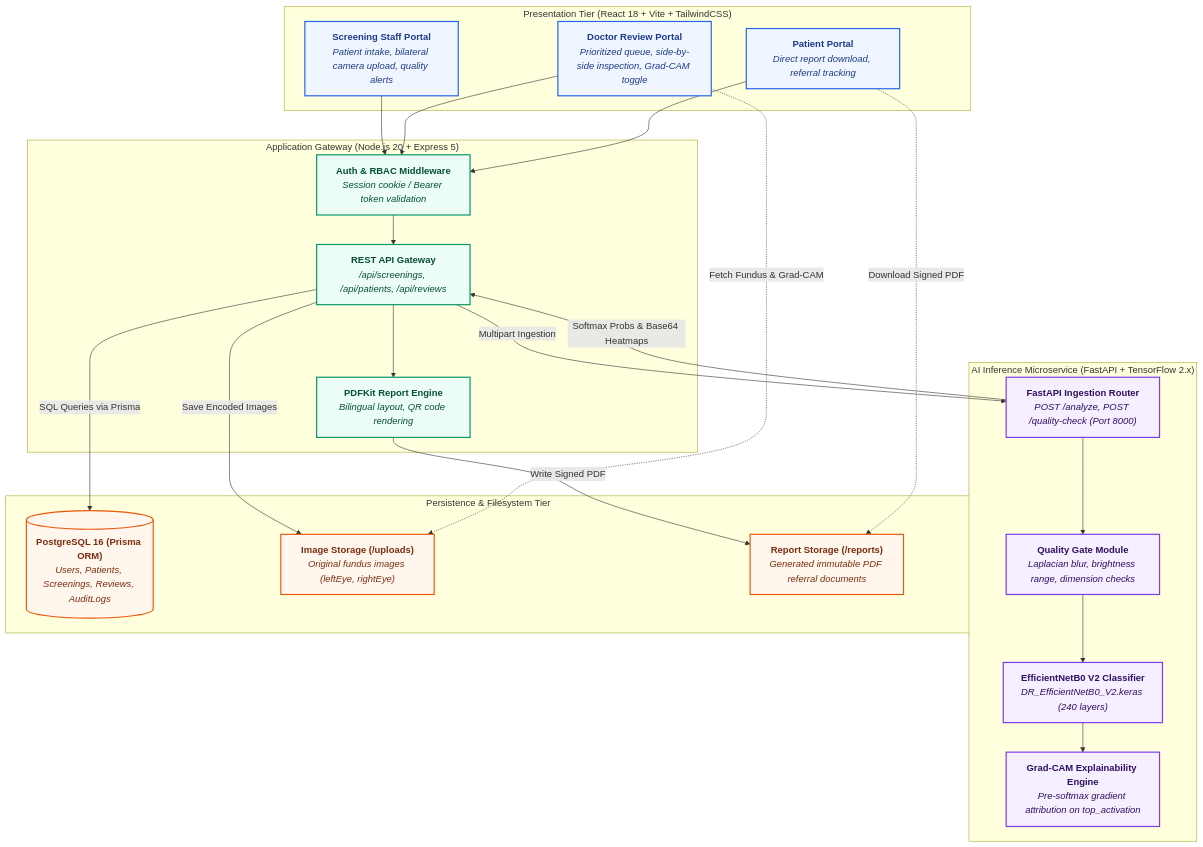
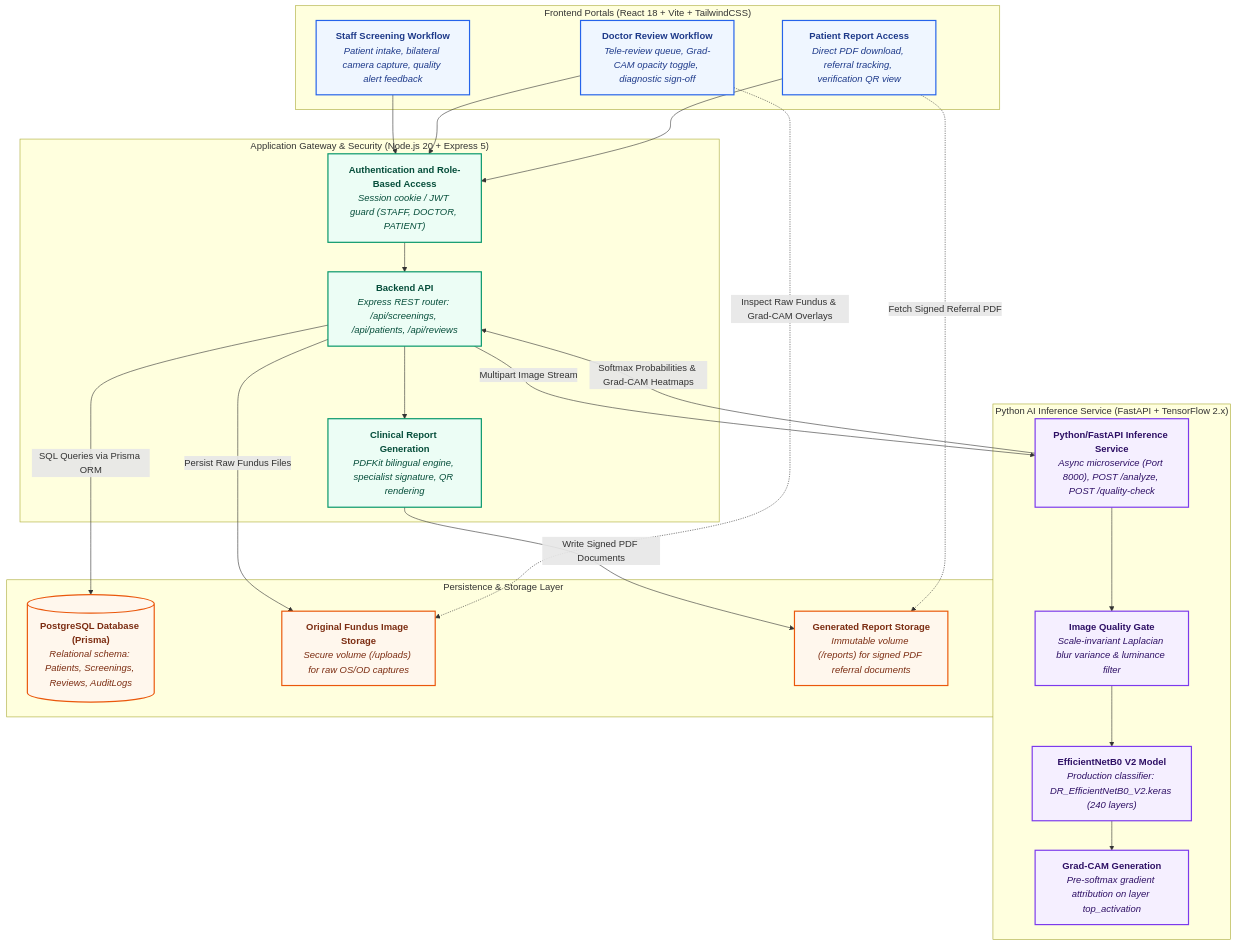
The second of 3 diagrams in README.md (SudarshanSingh1/DR-Screening-System), drawn with Mermaid before and after one commit. The commit also changed other lines of this file, not shown here.

Commit message:
Refactor code for improved readability and maintainability

````diff
--- a/README.md
+++ b/README.md
@@ -156,56 +178,56 @@
 ```mermaid
 flowchart TD
-    subgraph Presentation ["Presentation Tier (React 18 + Vite + TailwindCSS)"]
-        UI_STAFF["<b>Screening Staff Portal</b><br/><i>Patient intake, bilateral camera upload, quality alerts</i>"]
-        UI_DOC["<b>Doctor Review Portal</b><br/><i>Prioritized queue, side-by-side inspection, Grad-CAM toggle</i>"]
-        UI_PAT["<b>Patient Portal</b><br/><i>Direct report download, referral tracking</i>"]
+    subgraph Frontend_Portals ["Frontend Portals (React 18 + Vite + TailwindCSS)"]
+        STAFF_WF["<b>Staff Screening Workflow</b><br/><i>Patient intake, bilateral camera capture, quality alert feedback</i>"]
+        DOC_WF["<b>Doctor Review Workflow</b><br/><i>Tele-review queue, Grad-CAM opacity toggle, diagnostic sign-off</i>"]
+        PATIENT_ACCESS["<b>Patient Report Access</b><br/><i>Direct PDF download, referral tracking, verification QR view</i>"]
     end
 
-    subgraph GatewayTier ["Application Gateway (Node.js 20 + Express 5)"]
-        AUTH_MW["<b>Auth & RBAC Middleware</b><br/><i>Session cookie / Bearer token validation</i>"]
-        API_ROUTER["<b>REST API Gateway</b><br/><i>/api/screenings, /api/patients, /api/reviews</i>"]
-        PDF_SVC["<b>PDFKit Report Engine</b><br/><i>Bilingual layout, QR code rendering</i>"]
-        AUTH_MW --> API_ROUTER
-        API_ROUTER --> PDF_SVC
+    subgraph Security_Gateway ["Application Gateway & Security (Node.js 20 + Express 5)"]
+        AUTH_RBAC["<b>Authentication and Role-Based Access</b><br/><i>Session cookie / JWT guard (STAFF, DOCTOR, PATIENT)</i>"]
+        BACKEND_API["<b>Backend API</b><br/><i>Express REST router: /api/screenings, /api/patients, /api/reviews</i>"]
+        REPORT_GEN["<b>Clinical Report Generation</b><br/><i>PDFKit bilingual engine, specialist signature, QR rendering</i>"]
+        AUTH_RBAC --> BACKEND_API
+        BACKEND_API --> REPORT_GEN
     end
 
-    subgraph InferenceTier ["AI Inference Microservice (FastAPI + TensorFlow 2.x)"]
-        FASTAPI["<b>FastAPI Ingestion Router</b><br/><i>POST /analyze, POST /quality-check (Port 8000)</i>"]
-        QG_CODE["<b>Quality Gate Module</b><br/><i>Laplacian blur, brightness range, dimension checks</i>"]
-        MODEL_KERAS["<b>EfficientNetB0 V2 Classifier</b><br/><i>DR_EfficientNetB0_V2.keras (240 layers)</i>"]
-        GRADCAM_CODE["<b>Grad-CAM Explainability Engine</b><br/><i>Pre-softmax gradient attribution on top_activation</i>"]
-        FASTAPI --> QG_CODE
-        QG_CODE --> MODEL_KERAS
-        MODEL_KERAS --> GRADCAM_CODE
+    subgraph Inference_Tier ["Python AI Inference Service (FastAPI + TensorFlow 2.x)"]
+        FASTAPI_SVC["<b>Python/FastAPI Inference Service</b><br/><i>Async microservice (Port 8000), POST /analyze, POST /quality-check</i>"]
+        QG_MOD["<b>Image Quality Gate</b><br/><i>Scale-invariant Laplacian blur variance & luminance filter</i>"]
+        ENET_MODEL["<b>EfficientNetB0 V2 Model</b><br/><i>Production classifier: DR_EfficientNetB0_V2.keras (240 layers)</i>"]
+        GRADCAM_GEN["<b>Grad-CAM Generation</b><br/><i>Pre-softmax gradient attribution on layer top_activation</i>"]
+        FASTAPI_SVC --> QG_MOD
+        QG_MOD --> ENET_MODEL
+        ENET_MODEL --> GRADCAM_GEN
     end
 
-    subgraph StorageTier ["Persistence & Filesystem Tier"]
-        DB[("<b>PostgreSQL 16 (Prisma ORM)</b><br/><i>Users, Patients, Screenings, Reviews, AuditLogs</i>")]
-        VOL_UPLOADS["<b>Image Storage (/uploads)</b><br/><i>Original fundus images (leftEye, rightEye)</i>"]
-        VOL_REPORTS["<b>Report Storage (/reports)</b><br/><i>Generated immutable PDF referral documents</i>"]
+    subgraph Persistence_Tier ["Persistence & Storage Layer"]
+        PG_DB[("<b>PostgreSQL Database (Prisma)</b><br/><i>Relational schema: Patients, Screenings, Reviews, AuditLogs</i>")]
+        IMG_STORAGE["<b>Original Fundus Image Storage</b><br/><i>Secure volume (/uploads) for raw OS/OD captures</i>"]
+        REP_STORAGE["<b>Generated Report Storage</b><br/><i>Immutable volume (/reports) for signed PDF referral documents</i>"]
     end
 
-    UI_STAFF --> AUTH_MW
-    UI_DOC --> AUTH_MW
-    UI_PAT --> AUTH_MW
+    STAFF_WF --> AUTH_RBAC
+    DOC_WF --> AUTH_RBAC
+    PATIENT_ACCESS --> AUTH_RBAC
 
-    API_ROUTER -->|Multipart Ingestion| FASTAPI
-    FASTAPI -->|Softmax Probs & Base64 Heatmaps| API_ROUTER
+    BACKEND_API -->|Multipart Image Stream| FASTAPI_SVC
+    FASTAPI_SVC -->|Softmax Probabilities & Grad-CAM Heatmaps| BACKEND_API
 
-    API_ROUTER -->|SQL Queries via Prisma| DB
-    API_ROUTER -->|Save Encoded Images| VOL_UPLOADS
-    PDF_SVC -->|Write Signed PDF| VOL_REPORTS
+    BACKEND_API -->|SQL Queries via Prisma ORM| PG_DB
+    BACKEND_API -->|Persist Raw Fundus Files| IMG_STORAGE
+    REPORT_GEN -->|Write Signed PDF Documents| REP_STORAGE
 
-    UI_DOC -.->|Fetch Fundus & Grad-CAM| VOL_UPLOADS
-    UI_PAT -.->|Download Signed PDF| VOL_REPORTS
+    DOC_WF -.->|Inspect Raw Fundus & Grad-CAM Overlays| IMG_STORAGE
+    PATIENT_ACCESS -.->|Fetch Signed Referral PDF| REP_STORAGE
 
-    classDef ui stroke:#2563eb,stroke-width:2px,fill:#eff6ff,color:#1e3a8a;
-    classDef gw stroke:#059669,stroke-width:2px,fill:#ecfdf5,color:#064e3b;
-    classDef ai stroke:#7c3aed,stroke-width:2px,fill:#f5efff,color:#2e1065;
-    classDef db stroke:#ea580c,stroke-width:2px,fill:#fff7ed,color:#7c2d12;
+    classDef uiBox stroke:#2563eb,stroke-width:2px,fill:#eff6ff,color:#1e3a8a;
+    classDef gwBox stroke:#059669,stroke-width:2px,fill:#ecfdf5,color:#064e3b;
+    classDef aiBox stroke:#7c3aed,stroke-width:2px,fill:#f5efff,color:#2e1065;
+    classDef dbBox stroke:#ea580c,stroke-width:2px,fill:#fff7ed,color:#7c2d12;
 
-    class UI_STAFF,UI_DOC,UI_PAT ui;
-    class AUTH_MW,API_ROUTER,PDF_SVC gw;
-    class FASTAPI,QG_CODE,MODEL_KERAS,GRADCAM_CODE ai;
-    class DB,VOL_UPLOADS,VOL_REPORTS db;
+    class STAFF_WF,DOC_WF,PATIENT_ACCESS uiBox;
+    class AUTH_RBAC,BACKEND_API,REPORT_GEN gwBox;
+    class FASTAPI_SVC,QG_MOD,ENET_MODEL,GRADCAM_GEN aiBox;
+    class PG_DB,IMG_STORAGE,REP_STORAGE dbBox;
 ```
````
